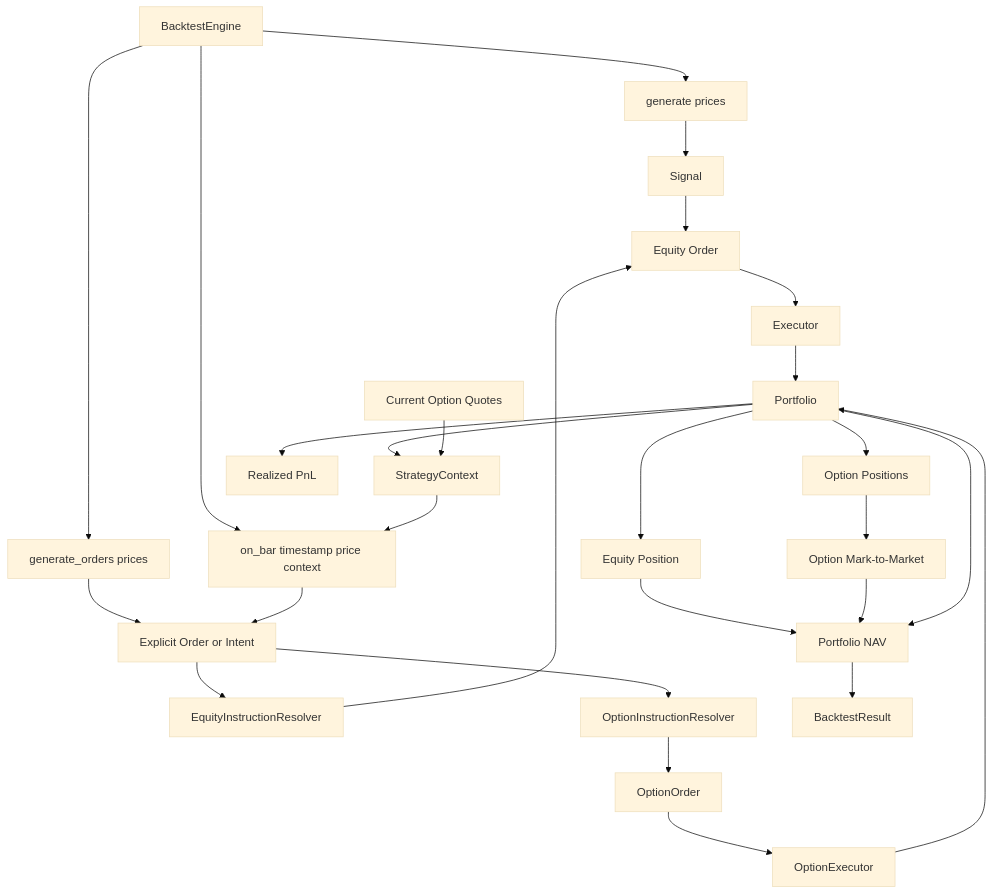
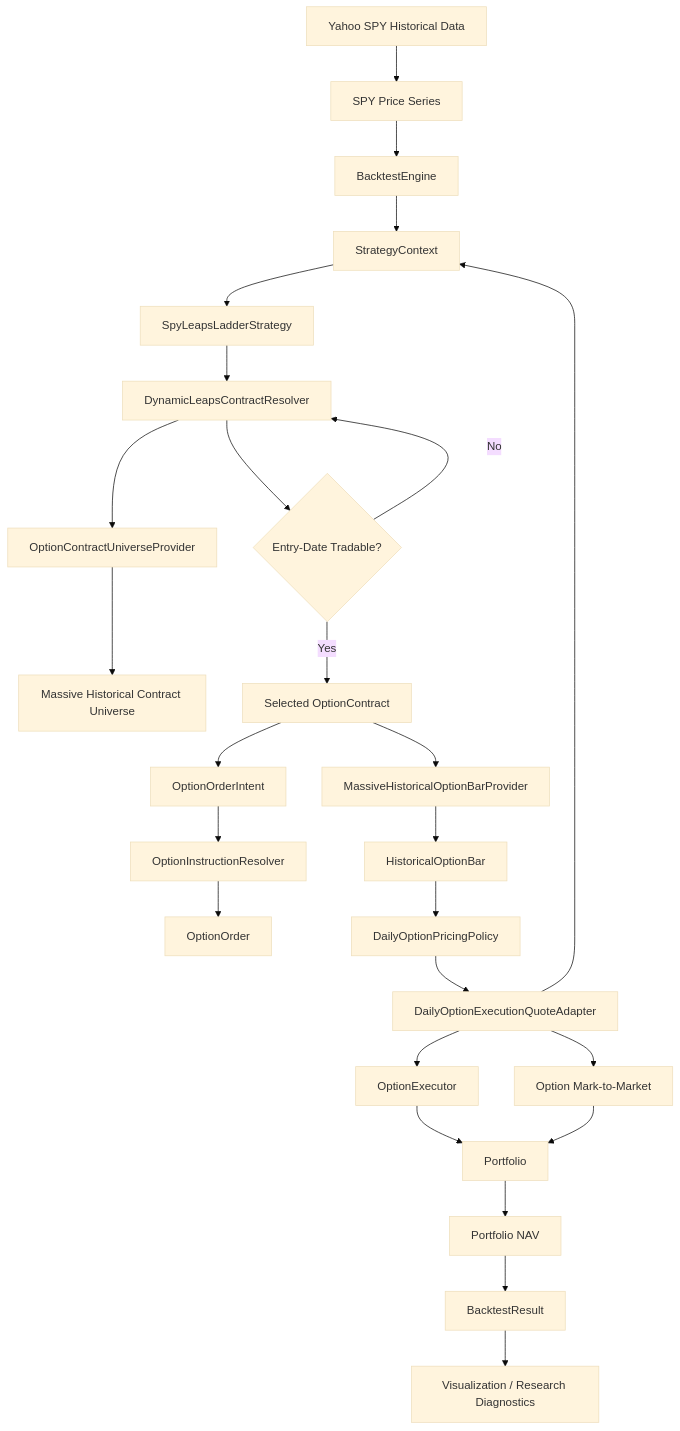
The first of 6 diagrams in docs/ARCHITECTURE.md (Kalvin-avenger/QuantResearch), drawn with Mermaid (base theme) before and after one commit. The commit also changed other lines of this file and 4 other files, not shown here.

````diff
--- a/docs/ARCHITECTURE.md
+++ b/docs/ARCHITECTURE.md
@@ -17,29 +11,36 @@
 ```mermaid
 flowchart TD
-    E[BacktestEngine] --> G1[generate prices]
-    E --> G2[generate_orders prices]
-    E --> OB[on_bar timestamp price context]
-    G1 --> S[Signal]
-    G2 --> I[Explicit Order or Intent]
-    P[Portfolio] --> C[StrategyContext]
-    Q[Current Option Quotes] --> C
-    C --> OB
-    OB --> I
-    S --> EO[Equity Order]
-    I --> ER[EquityInstructionResolver]
-    I --> OR[OptionInstructionResolver]
-    ER --> EO
+    Y[Yahoo SPY Historical Data] --> P[SPY Price Series]
+    P --> E[BacktestEngine]
+
+    E --> C[StrategyContext]
+    C --> S[SpyLeapsLadderStrategy]
+
+    S --> R[DynamicLeapsContractResolver]
+    R --> U[OptionContractUniverseProvider]
+    U --> MU[Massive Historical Contract Universe]
+
+    R --> T{Entry-Date Tradable?}
+    T -->|No| R
+    T -->|Yes| OC[Selected OptionContract]
+
+    OC --> OI[OptionOrderIntent]
+    OI --> OR[OptionInstructionResolver]
     OR --> OO[OptionOrder]
-    EO --> EX[Executor]
-    OO --> OEX[OptionExecutor]
-    EX --> P
-    OEX --> P
-    P --> EP[Equity Position]
-    P --> OP[Option Positions]
-    P --> RP[Realized PnL]
-    OP --> MTM[Option Mark-to-Market]
-    EP --> NAV[Portfolio NAV]
-    MTM --> NAV
-    P --> NAV
+
+    OC --> OBP[MassiveHistoricalOptionBarProvider]
+    OBP --> HB[HistoricalOptionBar]
+    HB --> DP[DailyOptionPricingPolicy]
+    DP --> QA[DailyOptionExecutionQuoteAdapter]
+
+    QA --> OEX[OptionExecutor]
+    OEX --> PF[Portfolio]
+
+    QA --> C
+    QA --> MTM[Option Mark-to-Market]
+    MTM --> PF
+
+    PF --> NAV[Portfolio NAV]
     NAV --> BR[BacktestResult]
+    BR --> V[Visualization / Research Diagnostics]
 ```
````
